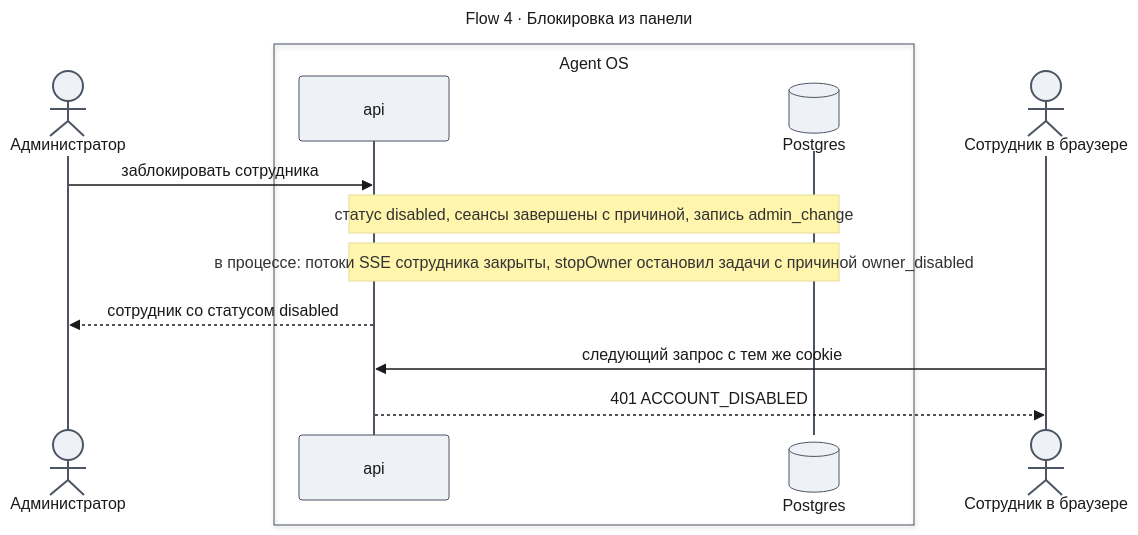
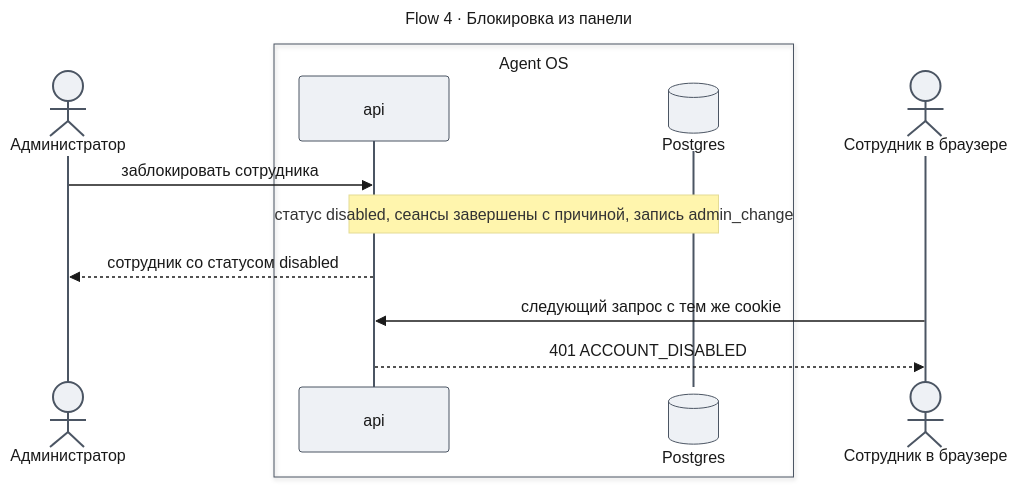
The eighth of 8 diagrams in docs/features/enterprise-access/design-identity.md (tundraray/agent-os), drawn with Mermaid before and after one commit. The commit also changed other lines of this file and 1 other file, not shown here.

````diff
--- a/docs/features/enterprise-access/design-identity.md
+++ b/docs/features/enterprise-access/design-identity.md
@@ -652,33 +565,32 @@
 ```mermaid
 ---
 title: "Flow 4 · Блокировка из панели"
 config:
   theme: base
   look: classic
   themeVariables:
     primaryColor: "#eef1f5"
     primaryBorderColor: "#4b5563"
     primaryTextColor: "#1a1a1a"
     lineColor: "#6b7280"
   themeCSS: |
     @keyframes lit_f3{0%,22.5%{stroke:#991b1b;stroke-width:6px}25%,100%{stroke:#37474f;stroke-width:2px}}
     @keyframes litr_f3{0%,22.5%{stroke:#1d4ed8;stroke-width:6px}25%,100%{stroke:#37474f;stroke-width:2px}}
     .messageLine0[data-id='i0'],.messageLine1[data-id='i0']{animation:lit_f3 4.8s linear 0s infinite}
-    .messageLine0[data-id='i3'],.messageLine1[data-id='i3']{animation:litr_f3 4.8s linear 1.2s infinite}
-    .messageLine0[data-id='i4'],.messageLine1[data-id='i4']{animation:lit_f3 4.8s linear 2.4s infinite}
-    .messageLine0[data-id='i5'],.messageLine1[data-id='i5']{animation:litr_f3 4.8s linear 3.6s infinite}
+    .messageLine0[data-id='i2'],.messageLine1[data-id='i2']{animation:litr_f3 4.8s linear 1.2s infinite}
+    .messageLine0[data-id='i3'],.messageLine1[data-id='i3']{animation:lit_f3 4.8s linear 2.4s infinite}
+    .messageLine0[data-id='i4'],.messageLine1[data-id='i4']{animation:litr_f3 4.8s linear 3.6s infinite}
 ---
 sequenceDiagram
     actor G as Администратор
     box Agent OS
     participant A as api
     participant DB@{ "type": "database" } as Postgres
     end
     actor U as Сотрудник в браузере
     G->>A: заблокировать сотрудника
     Note over A,DB: статус disabled, сеансы завершены с причиной, запись admin_change
-    Note over A,DB: в процессе: потоки SSE сотрудника закрыты, stopOwner остановил задачи с причиной owner_disabled
     A-->>G: сотрудник со статусом disabled
     U->>A: следующий запрос с тем же cookie
     A-->>U: 401 ACCOUNT_DISABLED
 ```
````
